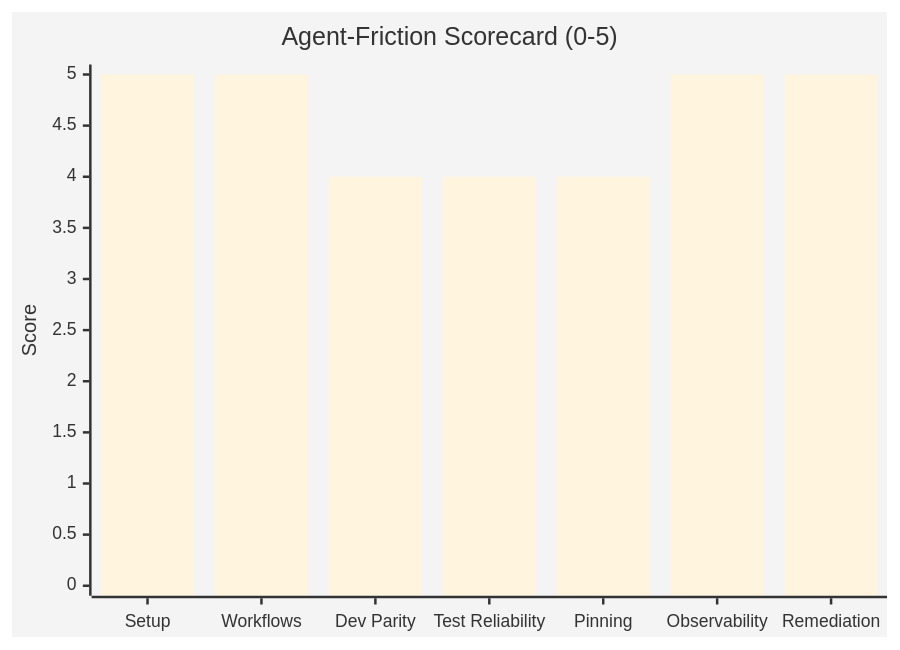
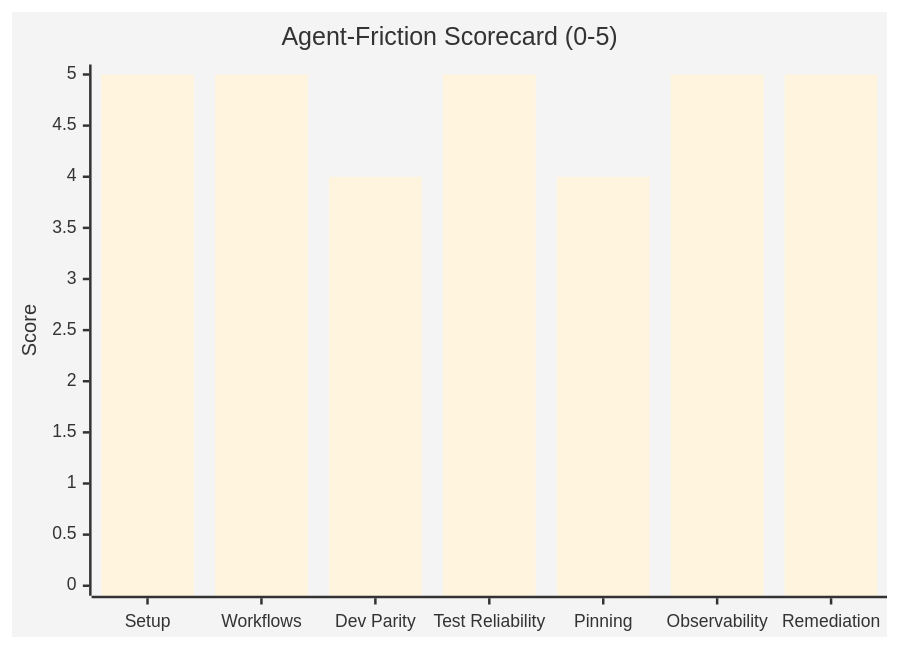
The second of 10 diagrams in docs/product-roadmap/README.md (jbejenar/ripple-next), drawn with Mermaid before and after one commit. The commit also changed other lines of this file and 12 other files, not shown here.

````diff
--- a/docs/product-roadmap/README.md
+++ b/docs/product-roadmap/README.md
@@ -146,8 +149,8 @@
 ```mermaid
 %%{init: {'theme': 'base', 'themeVariables': {'primaryColor': '#6366f1'}}}%%
 xychart-beta
     title "Agent-Friction Scorecard (0-5)"
     x-axis ["Setup", "Workflows", "Dev Parity", "Test Reliability", "Pinning", "Observability", "Remediation"]
     y-axis "Score" 0 --> 5
-    bar [5, 5, 4, 4, 4, 5, 5]
+    bar [5, 5, 4, 5, 4, 5, 5]
 ```
````
